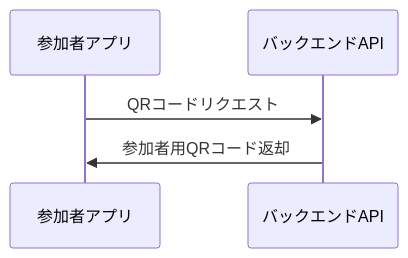
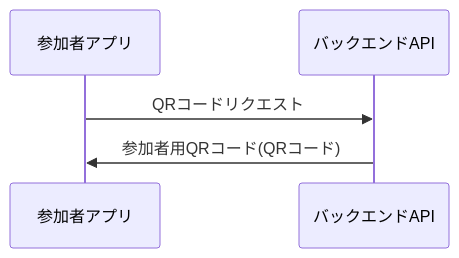
The seventh of 9 diagrams in docs/sequence/mobile.md (after-school-garbage-squad/repaint-architecture), drawn with Mermaid before and after one commit. The commit also changed other lines of this file and 3 other files, not shown here.

````diff
--- a/docs/sequence/mobile.md
+++ b/docs/sequence/mobile.md
@@ -100,7 +91,7 @@
 ```mermaid
 sequenceDiagram
     participant app as 参加者アプリ
     participant back as バックエンドAPI
     app ->> back: QRコードリクエスト
-    back ->> app: 参加者用QRコード返却
+    back ->> app: 参加者用QRコード(QRコード)
 ```
````
